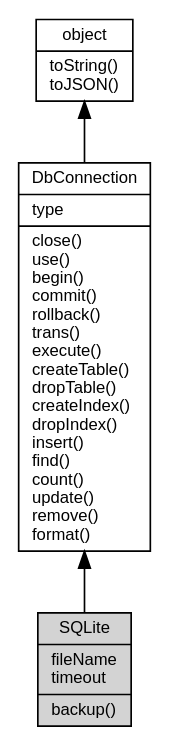
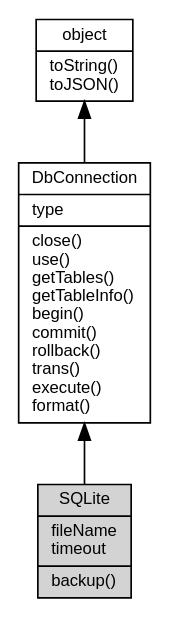
One commit to fibjs/fibjs.org changed the diagram in docs/manual/object/ifs/SQLite.md. Above: the diagram before and after it, drawn with Graphviz. The commit also changed other lines of this file and 148 other files, not shown here.

First line of the commit message:
feat: add ZlibCodec documentation and update object graph

````diff
--- a/docs/manual/object/ifs/SQLite.md
+++ b/docs/manual/object/ifs/SQLite.md
@@ -62,12 +62,12 @@
 ```dot
 digraph {
     node [fontname="Helvetica,sans-Serif", fontsize=10, shape="record", style="filled", fillcolor="white"];
 
     object [tooltip="object", URL="object.md", label="{object|toString()\ltoJSON()\l}"];
-    DbConnection [tooltip="DbConnection", URL="DbConnection.md", label="{DbConnection|type\l|close()\luse()\lbegin()\lcommit()\lrollback()\ltrans()\lexecute()\lcreateTable()\ldropTable()\lcreateIndex()\ldropIndex()\linsert()\lfind()\lcount()\lupdate()\lremove()\lformat()\l}"];
+    DbConnection [tooltip="DbConnection", URL="DbConnection.md", label="{DbConnection|type\l|close()\luse()\lgetTables()\lgetTableInfo()\lbegin()\lcommit()\lrollback()\ltrans()\lexecute()\lformat()\l}"];
     SQLite [tooltip="SQLite", fillcolor="lightgray", id="me", label="{SQLite|fileName\ltimeout\l|backup()\l}"];
 
     object -> DbConnection [dir=back];
     DbConnection -> SQLite [dir=back];
 }
 ```
````
